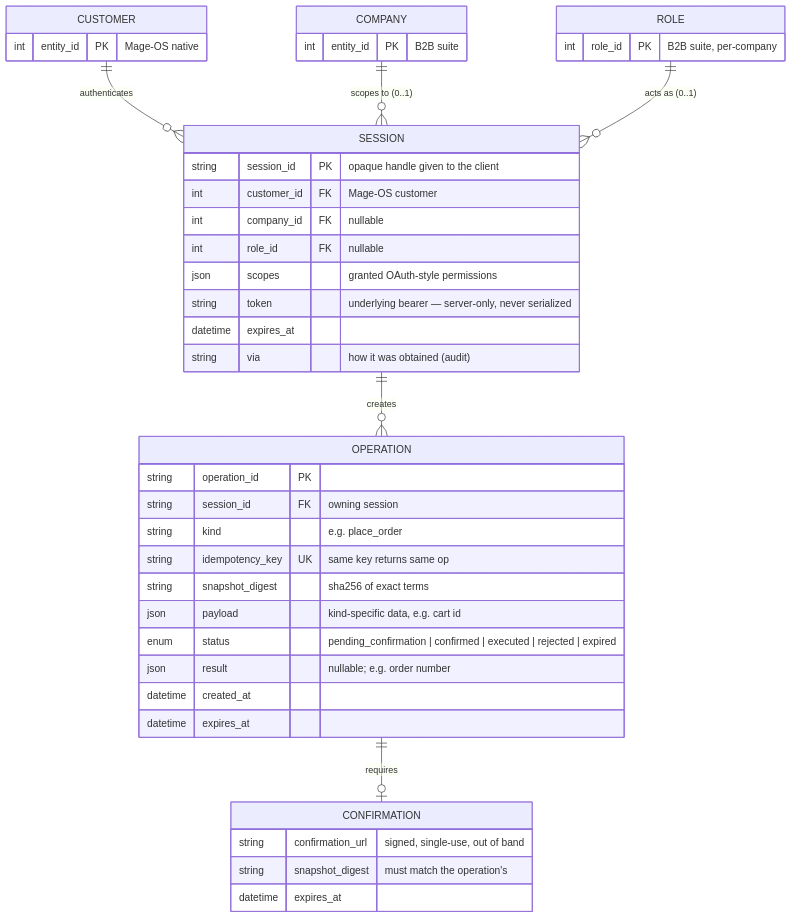
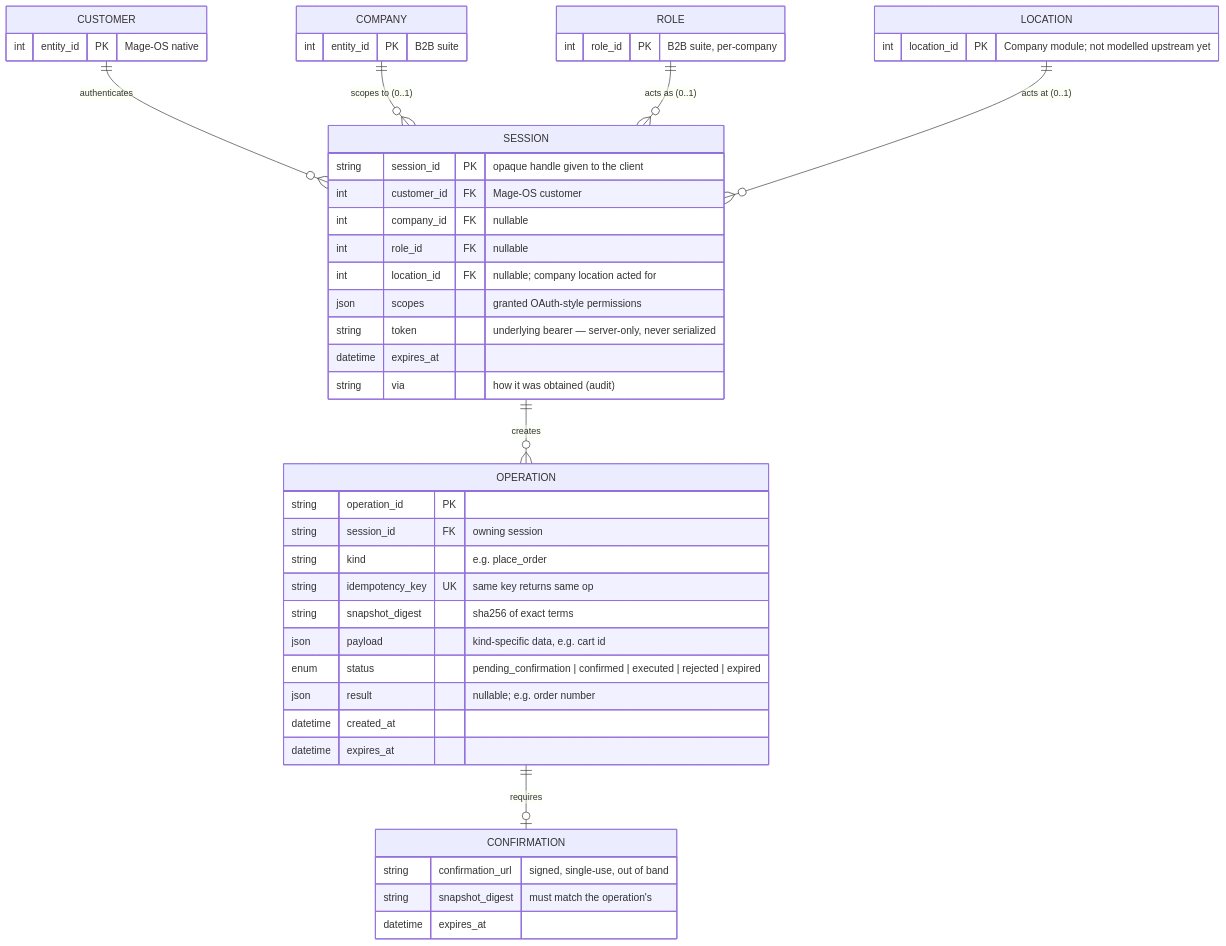
One commit to nicolasperic/mage-os-mcp changed the first of 2 diagrams in docs/b2b-auth-model.md. Above: the diagram before and after it, drawn with Mermaid. The commit also changed other lines of this file and 17 other files, not shown here.

````diff
--- a/docs/b2b-auth-model.md
+++ b/docs/b2b-auth-model.md
@@ -16,45 +16,50 @@
 ```mermaid
 erDiagram
     CUSTOMER ||--o{ SESSION : authenticates
     COMPANY  ||--o{ SESSION : "scopes to (0..1)"
     ROLE     ||--o{ SESSION : "acts as (0..1)"
+    LOCATION ||--o{ SESSION : "acts at (0..1)"
     SESSION  ||--o{ OPERATION : creates
     OPERATION ||--o| CONFIRMATION : "requires"
 
     SESSION {
       string session_id PK "opaque handle given to the client"
       int customer_id FK "Mage-OS customer"
       int company_id FK "nullable"
       int role_id FK "nullable"
+      int location_id FK "nullable; company location acted for"
       json scopes "granted OAuth-style permissions"
       string token "underlying bearer — server-only, never serialized"
       datetime expires_at
       string via "how it was obtained (audit)"
     }
     OPERATION {
       string operation_id PK
       string session_id FK "owning session"
       string kind "e.g. place_order"
       string idempotency_key UK "same key returns same op"
       string snapshot_digest "sha256 of exact terms"
       json payload "kind-specific data, e.g. cart id"
       enum status "pending_confirmation | confirmed | executed | rejected | expired"
       json result "nullable; e.g. order number"
       datetime created_at
       datetime expires_at
     }
     CONFIRMATION {
       string confirmation_url "signed, single-use, out of band"
       string snapshot_digest "must match the operation's"
       datetime expires_at
     }
     CUSTOMER {
       int entity_id PK "Mage-OS native"
     }
     COMPANY {
       int entity_id PK "B2B suite"
     }
     ROLE {
       int role_id PK "B2B suite, per-company"
     }
+    LOCATION {
+      int location_id PK "Company module; not modelled upstream yet"
+    }
 ```
````
